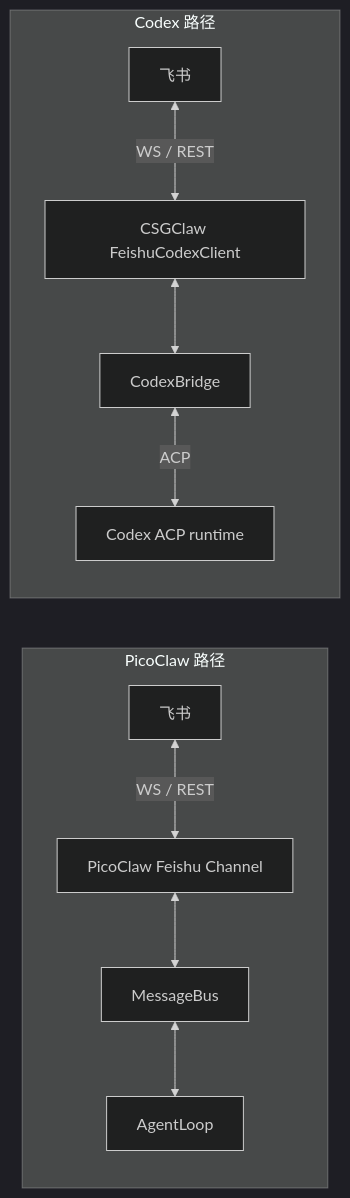
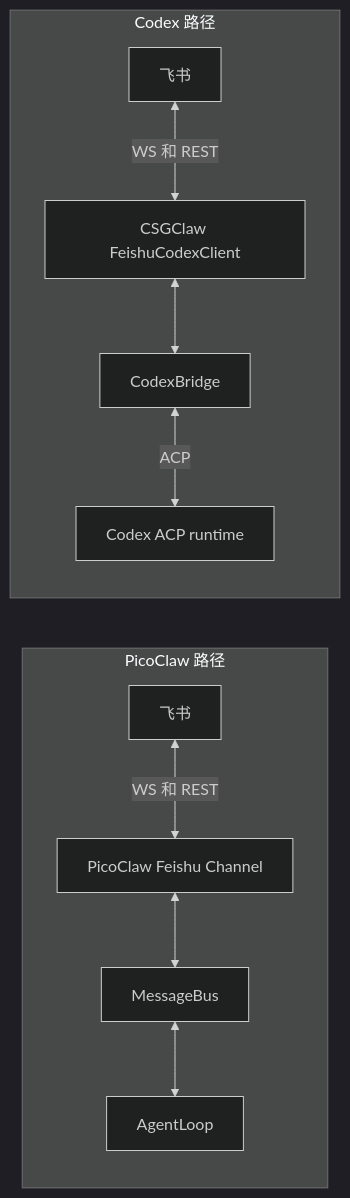
Diagram 12 of 12 in docs/channel/codex-feishu.zh.md (GatewayJ/csgclaw), drawn with Mermaid (dark theme) before and after one commit. The commit also changed other lines of this file, not shown here.

Commit message:
docs: simplify mermaid sequence syntax

````diff
--- a/docs/channel/codex-feishu.zh.md
+++ b/docs/channel/codex-feishu.zh.md
@@ -598,22 +600,22 @@
 ```mermaid
 flowchart LR
     subgraph PicoClawPath[PicoClaw 路径]
         PFeishu[飞书]
         PChannel[PicoClaw Feishu Channel]
         PBus[MessageBus]
         PAgent[AgentLoop]
-        PFeishu <-->|WS / REST| PChannel
+        PFeishu <-->|WS 和 REST| PChannel
         PChannel <--> PBus
         PBus <--> PAgent
     end
 
     subgraph CodexPath[Codex 路径]
         CFeishu[飞书]
         CClient[CSGClaw FeishuCodexClient]
         CBridge[CodexBridge]
         CACP[Codex ACP runtime]
-        CFeishu <-->|WS / REST| CClient
+        CFeishu <-->|WS 和 REST| CClient
         CClient <--> CBridge
         CBridge <-->|ACP| CACP
     end
 ```
````
